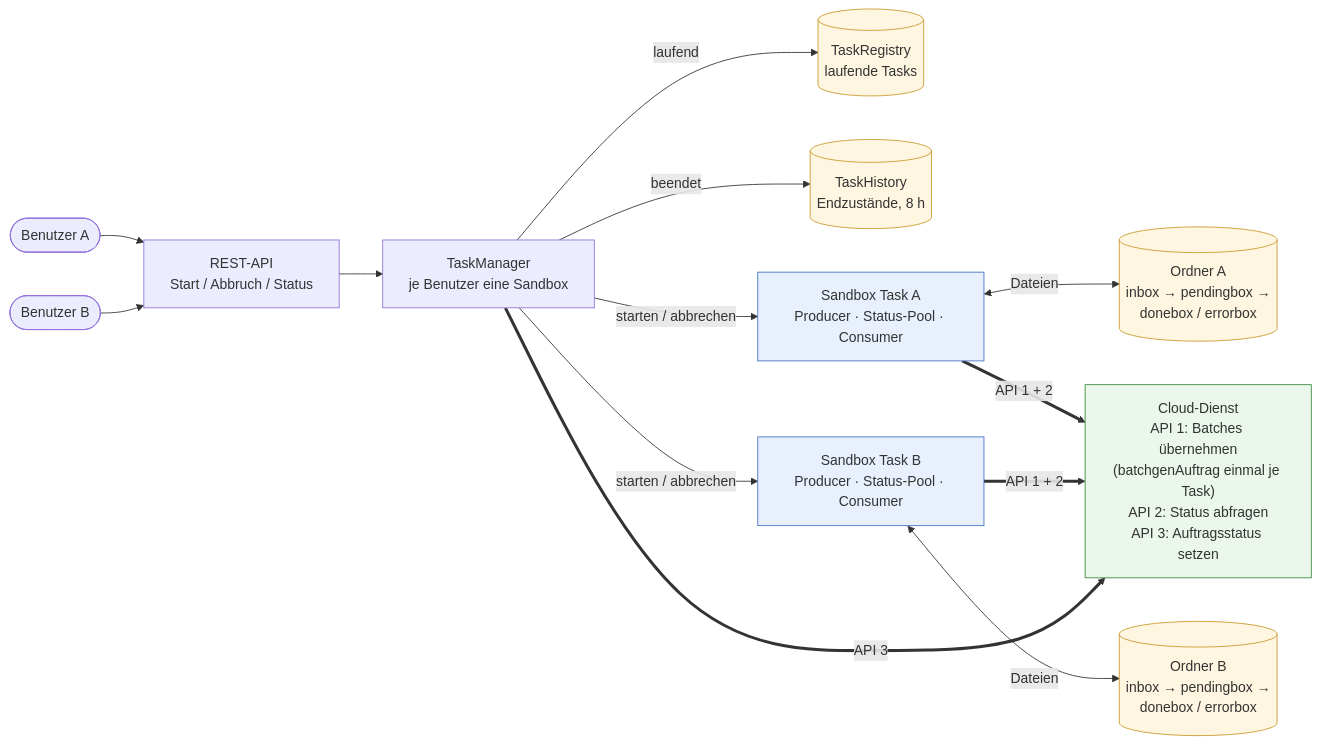
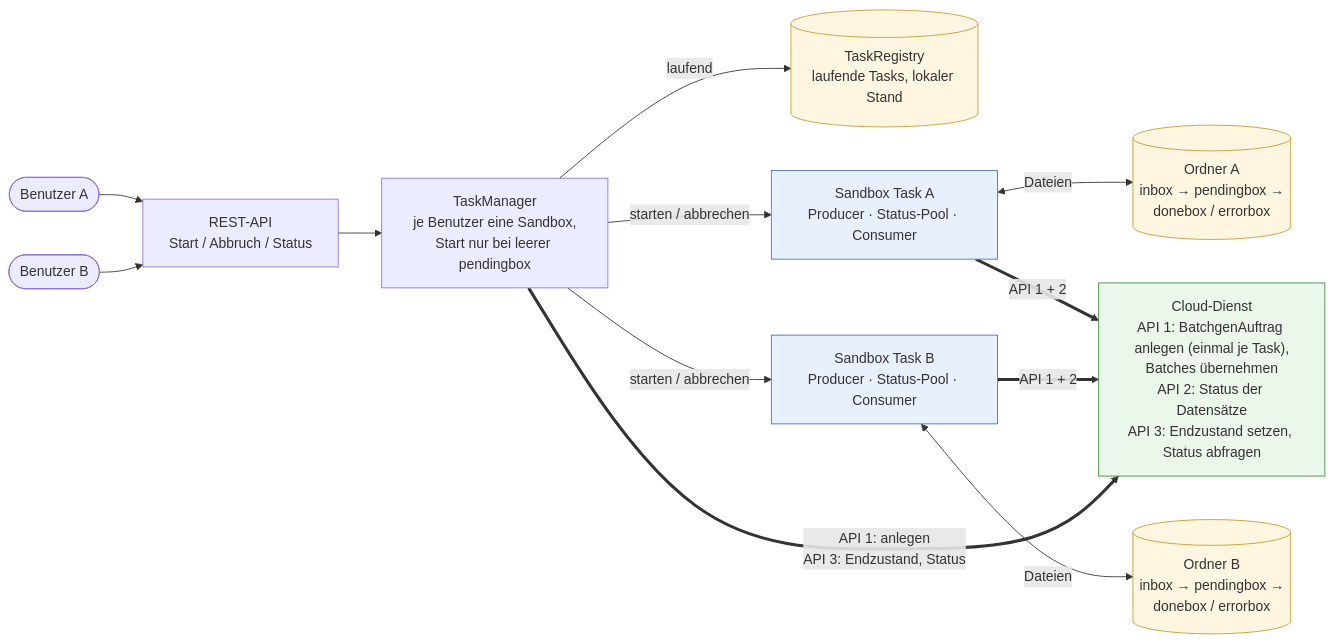
One commit to wwsstl/asynchrone-anwendungsarchitektur changed the diagram in docs/architect/anwendungsarchitektur_user.mmd. Above: the diagram before and after it, drawn with Mermaid. The commit also changed 19 other files, not shown here.

```diff
--- a/docs/architect/anwendungsarchitektur_user.mmd
+++ b/docs/architect/anwendungsarchitektur_user.mmd
@@ -1,40 +1,38 @@
 flowchart LR
 
     %% Anwendungsarchitektur mit Benutzer A und B (vereinfacht), Stand funktionsweise_sequenz.md
 
     UserA(["Benutzer A"])
     UserB(["Benutzer B"])
 
     API["REST-API<br/>Start / Abbruch / Status"]
-    TM["TaskManager<br/>je Benutzer eine Sandbox"]
-    Reg[("TaskRegistry<br/>laufende Tasks")]
-    Hist[("TaskHistory<br/>Endzustände, 8 h")]
+    TM["TaskManager<br/>je Benutzer eine Sandbox,<br/>Start nur bei leerer pendingbox"]
+    Reg[("TaskRegistry<br/>laufende Tasks, lokaler Stand")]
 
     SA["Sandbox Task A<br/>Producer · Status-Pool · Consumer"]
     SB["Sandbox Task B<br/>Producer · Status-Pool · Consumer"]
 
     OA[("Ordner A<br/>inbox → pendingbox →<br/>donebox / errorbox")]
     OB[("Ordner B<br/>inbox → pendingbox →<br/>donebox / errorbox")]
 
-    Cloud["Cloud-Dienst<br/>API 1: Batches übernehmen<br/>(batchgenAuftrag einmal je Task)<br/>API 2: Status abfragen<br/>API 3: Auftragsstatus setzen"]
+    Cloud["Cloud-Dienst<br/>API 1: BatchgenAuftrag anlegen (einmal je Task),<br/>Batches übernehmen<br/>API 2: Status der Datensätze<br/>API 3: Endzustand setzen, Status abfragen"]
 
     UserA --> API
     UserB --> API
     API --> TM
     TM -->|"laufend"| Reg
-    TM -->|"beendet"| Hist
     TM -->|"starten / abbrechen"| SA
     TM -->|"starten / abbrechen"| SB
     SA <-->|"Dateien"| OA
     SB <-->|"Dateien"| OB
     SA ==>|"API 1 + 2"| Cloud
     SB ==>|"API 1 + 2"| Cloud
-    TM ==>|"API 3"| Cloud
+    TM ==>|"API 1: anlegen<br/>API 3: Endzustand, Status"| Cloud
 
     classDef thread fill:#e8f0fe,stroke:#4472c4,stroke-width:1px;
     classDef store fill:#fef6e0,stroke:#c99a2e,stroke-width:1px;
     classDef external fill:#eaf7ea,stroke:#3c8a3c,stroke-width:1px;
 
     class SA,SB thread;
-    class Reg,Hist,OA,OB store;
+    class Reg,OA,OB store;
     class Cloud external;
```
